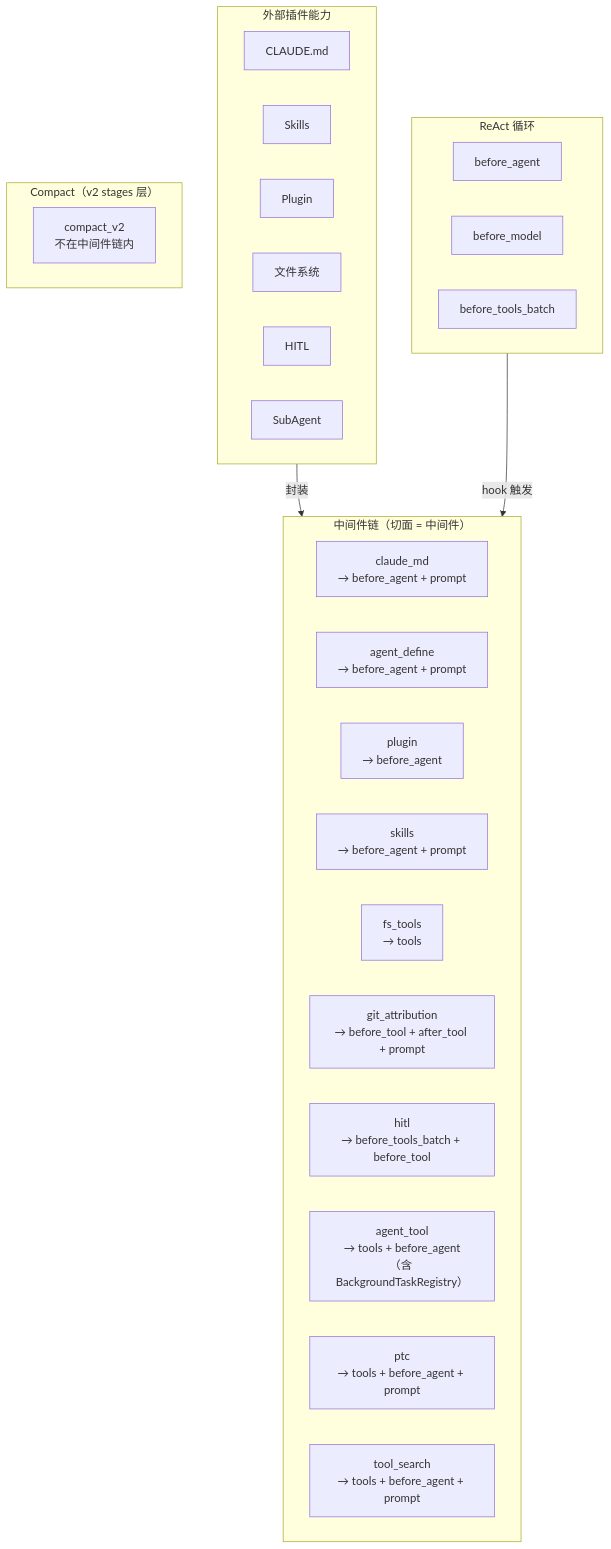
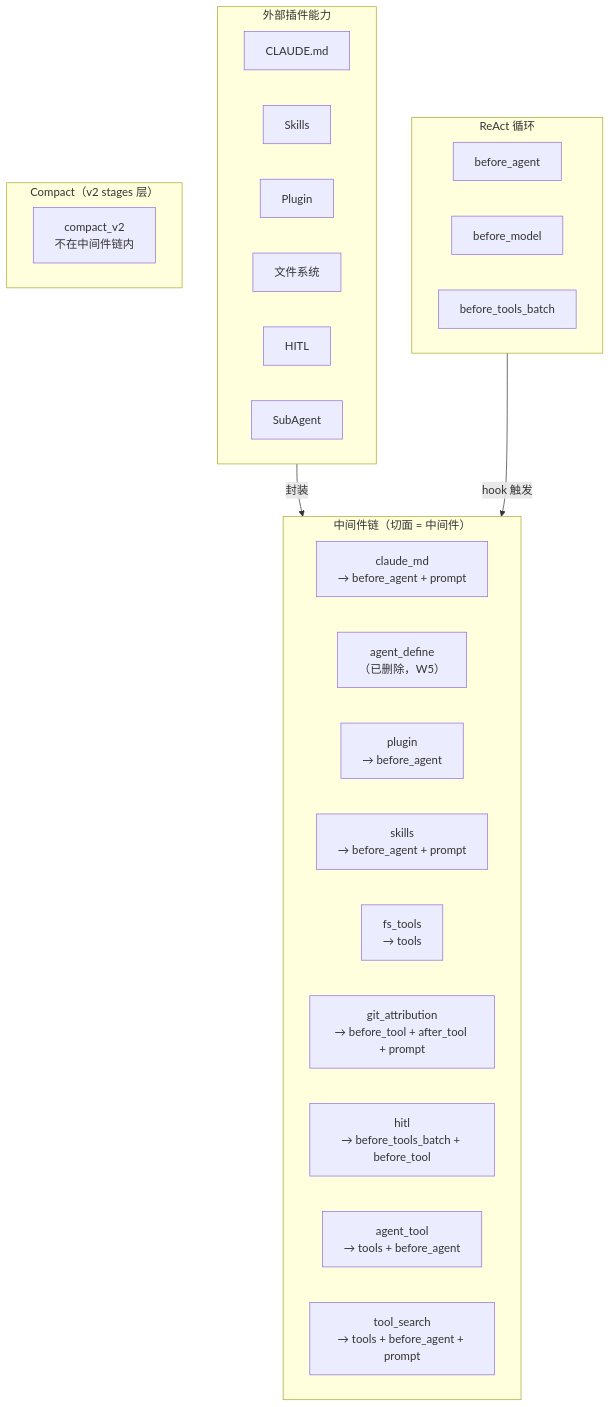
One commit to KonghaYao/peri changed the diagram in docs/design/middleware-system.md. Above: the diagram before and after it, drawn with Mermaid. The commit also changed other lines of this file and 825 other files, not shown here.

````diff
--- a/docs/design/middleware-system.md
+++ b/docs/design/middleware-system.md
@@ -20,38 +20,37 @@
 ```mermaid
 graph TB
     subgraph PLUGIN["外部插件能力"]
         P1["CLAUDE.md"]
         P2["Skills"]
         P3["Plugin"]
         P4["文件系统"]
         P5["HITL"]
         P6["SubAgent"]
     end
 
     subgraph CHAIN["中间件链（切面 = 中间件）"]
         direction LR
         C1["claude_md<br/>→ before_agent + prompt"]
-        C1b["agent_define<br/>→ before_agent + prompt"]
+        C1b["agent_define<br/>（已删除，W5）"]
         C1c["plugin<br/>→ before_agent"]
         C2["skills<br/>→ before_agent + prompt"]
         C3["fs_tools<br/>→ tools"]
         C3b["git_attribution<br/>→ before_tool + after_tool + prompt"]
         C4["hitl<br/>→ before_tools_batch + before_tool"]
-        C5["agent_tool<br/>→ tools + before_agent<br/>（含 BackgroundTaskRegistry）"]
-        C6["ptc<br/>→ tools + before_agent + prompt"]
+        C5["agent_tool<br/>→ tools + before_agent"]
         C7["tool_search<br/>→ tools + before_agent + prompt"]
     end
 
     subgraph REACT["ReAct 循环"]
         H1["before_agent"]
         H2["before_model"]
         H3["before_tools_batch"]
     end
 
     subgraph COMPACT["Compact（v2 stages 层）"]
         H4["compact_v2<br/>不在中间件链内"]
     end
 
     PLUGIN -->|"封装"| CHAIN
     REACT -->|"hook 触发"| CHAIN
 ```
````
